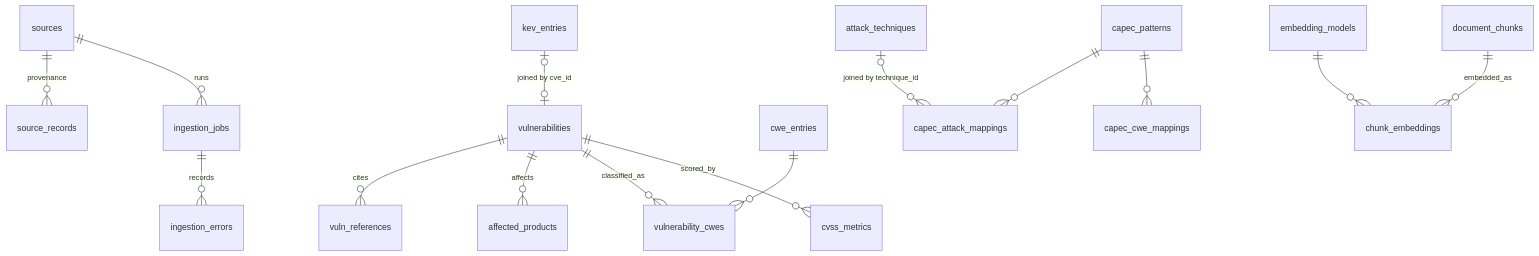
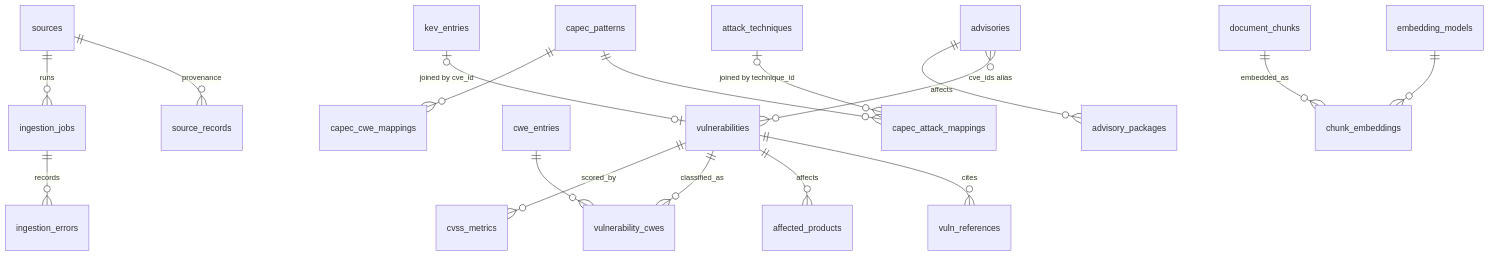
Before and after one commit to Abhichahar123/major-project: the second of 5 diagrams in docs/architecture.md, drawn with Mermaid. The commit also changed other lines of this file and 17 other files, not shown here.

````diff
--- a/docs/architecture.md
+++ b/docs/architecture.md
@@ -77,17 +77,19 @@
 ```mermaid
 erDiagram
     sources ||--o{ ingestion_jobs : runs
     ingestion_jobs ||--o{ ingestion_errors : records
     sources ||--o{ source_records : provenance
     vulnerabilities ||--o{ cvss_metrics : scored_by
     vulnerabilities ||--o{ vulnerability_cwes : classified_as
     cwe_entries ||--o{ vulnerability_cwes : ""
     vulnerabilities ||--o{ affected_products : affects
     vulnerabilities ||--o{ vuln_references : cites
     kev_entries |o--o| vulnerabilities : "joined by cve_id"
     capec_patterns ||--o{ capec_cwe_mappings : ""
     capec_patterns ||--o{ capec_attack_mappings : ""
     attack_techniques |o--o{ capec_attack_mappings : "joined by technique_id"
     document_chunks ||--o{ chunk_embeddings : embedded_as
     embedding_models ||--o{ chunk_embeddings : ""
+    advisories ||--o{ advisory_packages : affects
+    advisories }o--o{ vulnerabilities : "cve_ids alias"
 ```
````
